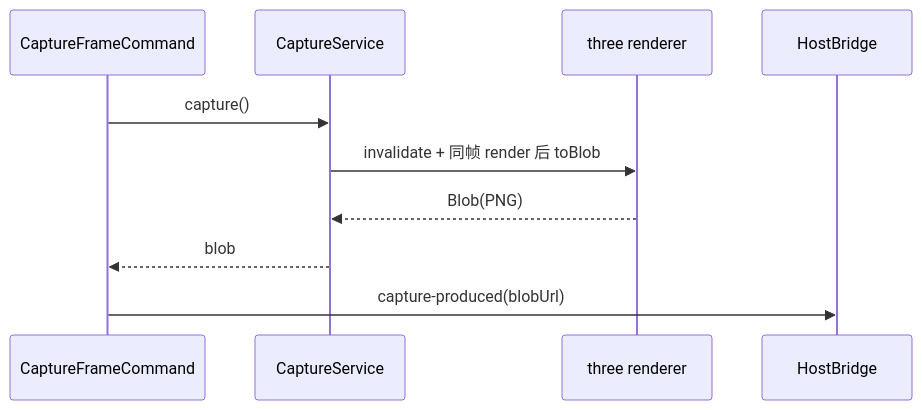
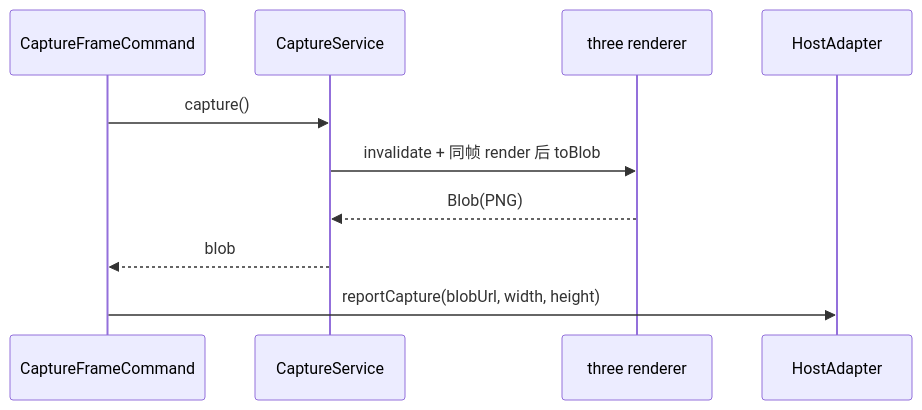
Before and after one commit to amwyygyuge/3d-director-desk: the diagram in docs/exec/07-capture-output.md, drawn with Mermaid. The commit also changed other lines of this file and 9 other files, not shown here.

````diff
--- a/docs/exec/07-capture-output.md
+++ b/docs/exec/07-capture-output.md
@@ -14,12 +14,12 @@
 ```mermaid
 sequenceDiagram
     participant C as CaptureFrameCommand
     participant CS as CaptureService
     participant GL as three renderer
-    participant HB as HostBridge
+    participant HA as HostAdapter
     C->>CS: capture()
     CS->>GL: invalidate + 同帧 render 后 toBlob
     GL-->>CS: Blob(PNG)
     CS-->>C: blob
-    C->>HB: capture-produced(blobUrl)
+    C->>HA: reportCapture(blobUrl, width, height)
 ```
````
